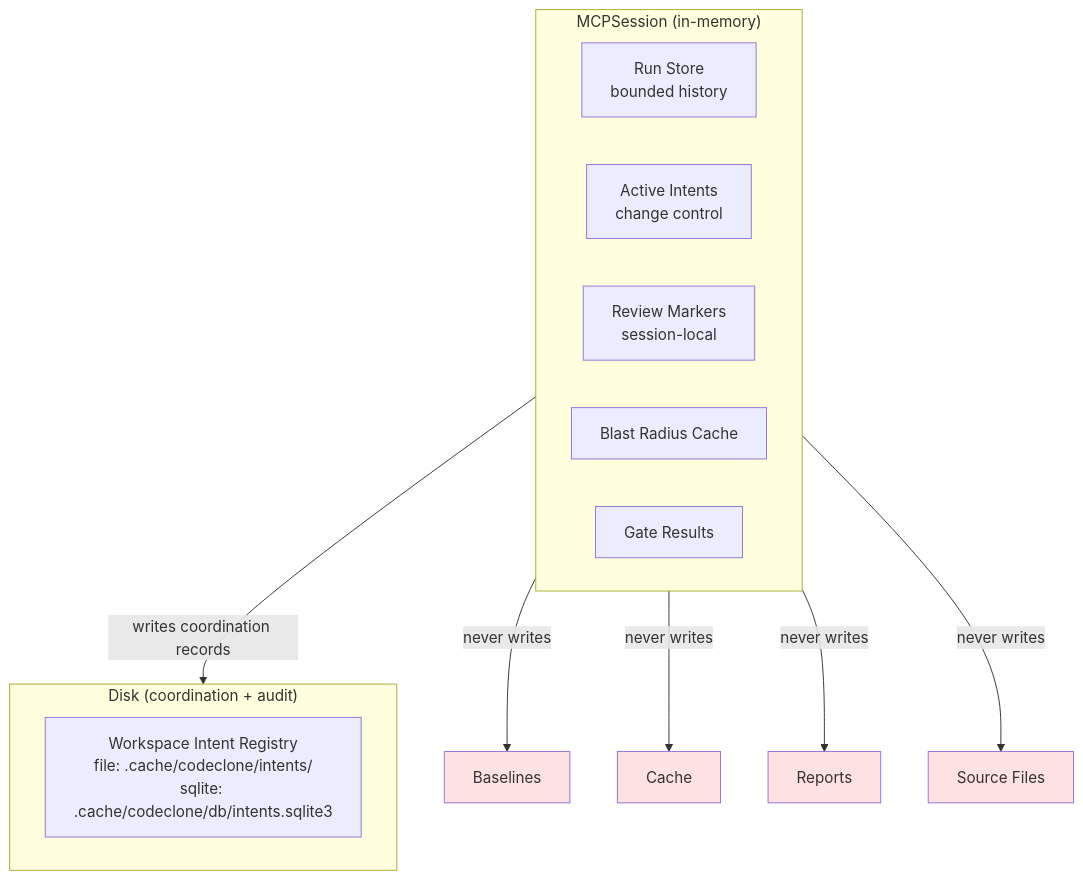
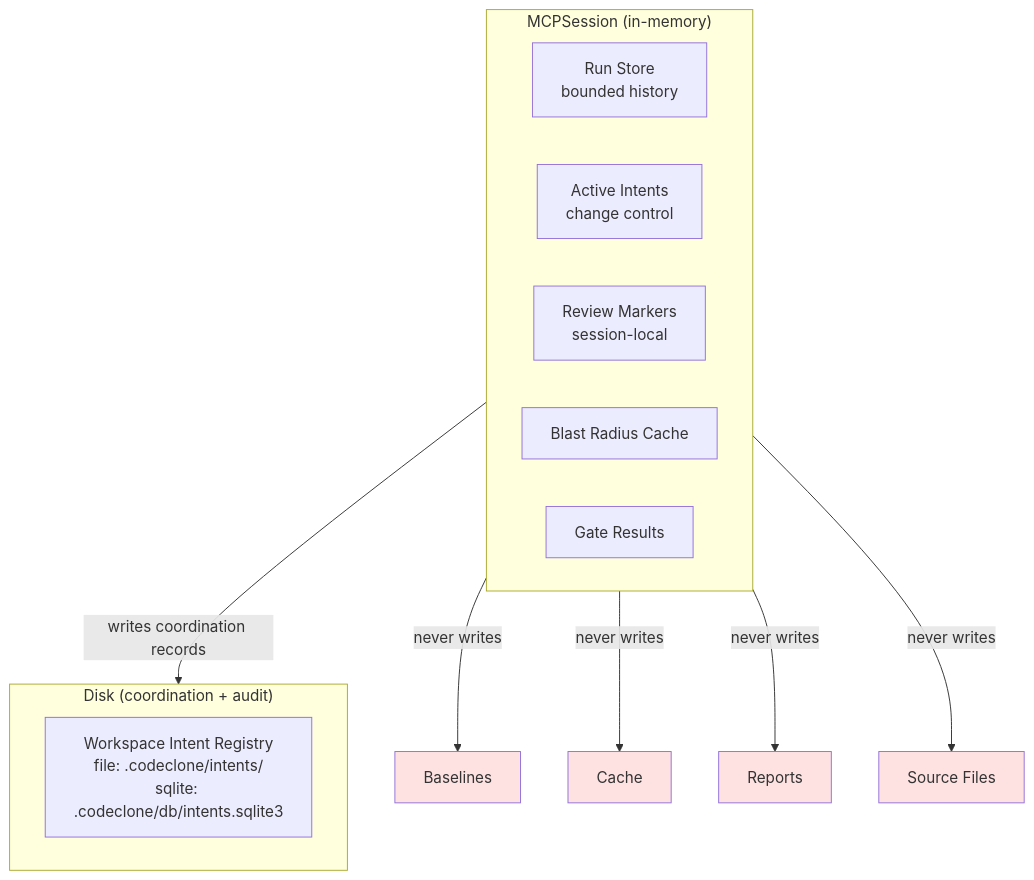
The second of 6 diagrams in docs/mcp.md (orenlab/codeclone), drawn with Mermaid before and after one commit. The commit also changed other lines of this file and 83 other files, not shown here.

First line of the commit message:
feat(core): migrate workspace artifacts to .codeclone/

````diff
--- a/docs/mcp.md
+++ b/docs/mcp.md
@@ -41,24 +41,24 @@
 ```mermaid
 graph TD
     subgraph MCPSession["MCPSession (in-memory)"]
         RS[Run Store<br/>bounded history]
         AI[Active Intents<br/>change control]
         RM[Review Markers<br/>session-local]
         BRC[Blast Radius Cache]
         GR[Gate Results]
     end
 
     subgraph Disk["Disk (coordination + audit)"]
-        WIR["Workspace Intent Registry<br/>file: .cache/codeclone/intents/<br/>sqlite: .cache/codeclone/db/intents.sqlite3"]
+        WIR["Workspace Intent Registry<br/>file: .codeclone/intents/<br/>sqlite: .codeclone/db/intents.sqlite3"]
     end
 
     MCPSession -->|" writes coordination records "| Disk
     MCPSession -->|" never writes "| BL[Baselines]
     MCPSession -->|" never writes "| CA[Cache]
     MCPSession -->|" never writes "| RP[Reports]
     MCPSession -->|" never writes "| SC[Source Files]
     style BL fill: #fee2e2
     style CA fill: #fee2e2
     style RP fill: #fee2e2
     style SC fill: #fee2e2
 ```
````
